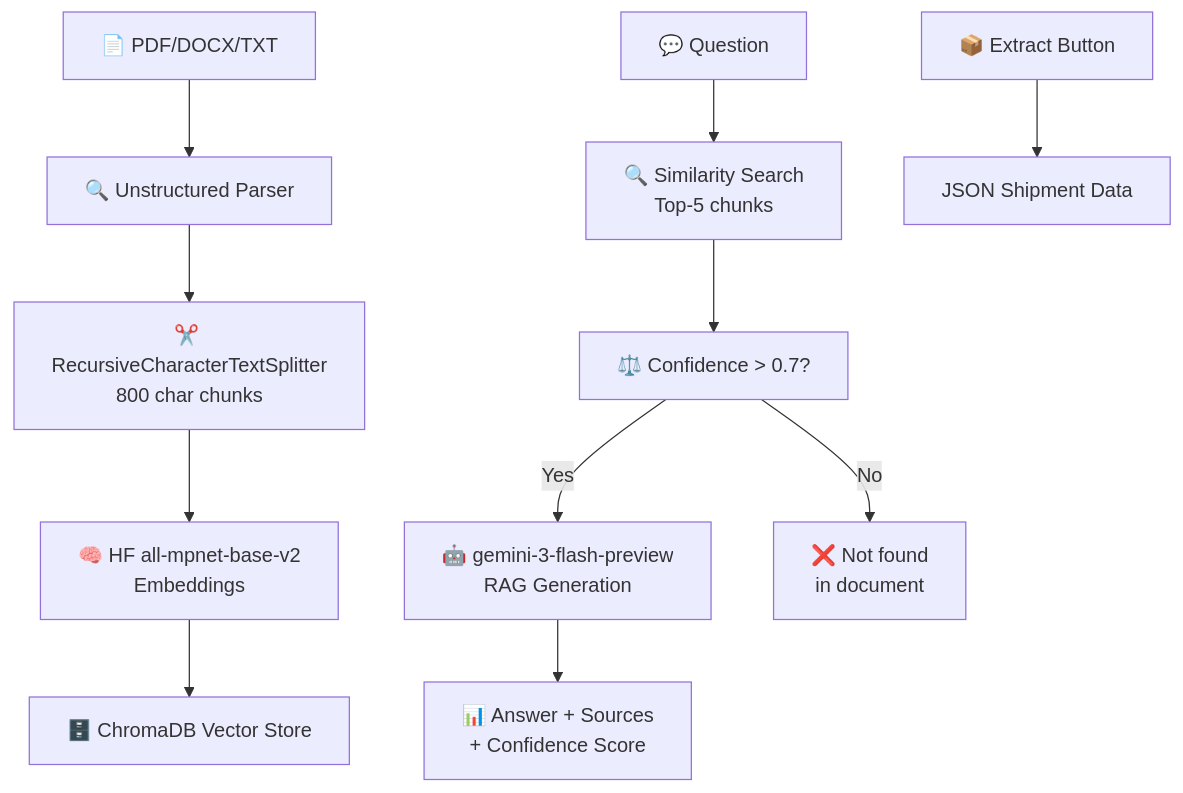
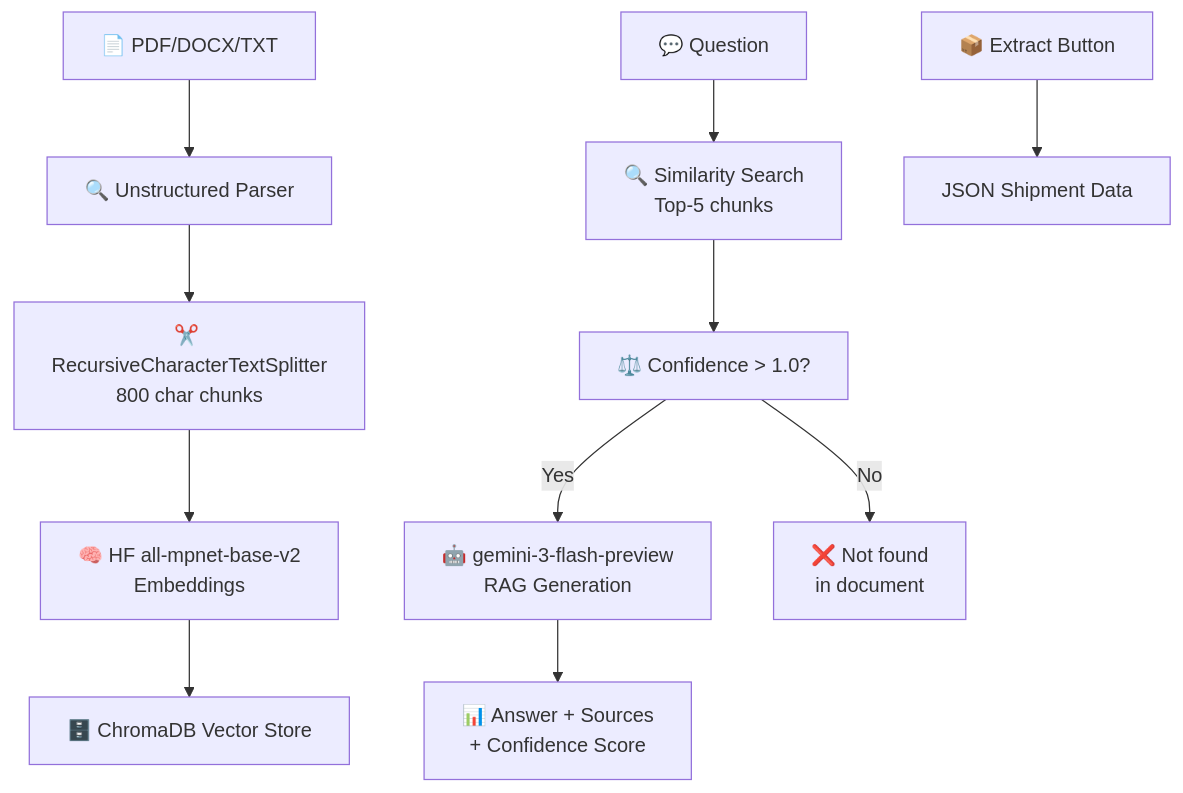
One commit to ADITYA964/Ultra-Doc-Intelligence-POC changed the diagram in README.md. Above: the diagram before and after it, drawn with Mermaid.

````diff
--- a/README.md
+++ b/README.md
@@ -24,15 +24,15 @@
 ```mermaid
 graph TD
     A[📄 PDF/DOCX/TXT] --> B[🔍 Unstructured Parser]
     B --> C[✂️ RecursiveCharacterTextSplitter<br/>800 char chunks]
     C --> D[🧠 HF all-mpnet-base-v2<br/>Embeddings]
     D --> E[🗄️ ChromaDB Vector Store]
     
     F[💬 Question] --> G[🔍 Similarity Search<br/>Top-5 chunks]
-    G --> H[⚖️ Confidence > 0.7?]
+    G --> H[⚖️ Confidence > 1.0?]
     H -->|Yes| I[🤖 gemini-3-flash-preview<br/>RAG Generation]
     H -->|No| J[❌ Not found<br/>in document]
     I --> K[📊 Answer + Sources<br/>+ Confidence Score]
     
     L[📦 Extract Button] --> M[JSON Shipment Data]
 ```
````
